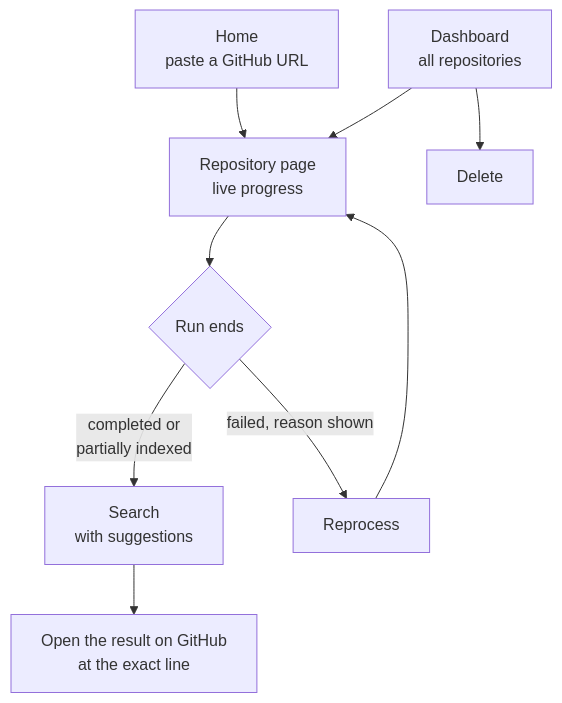
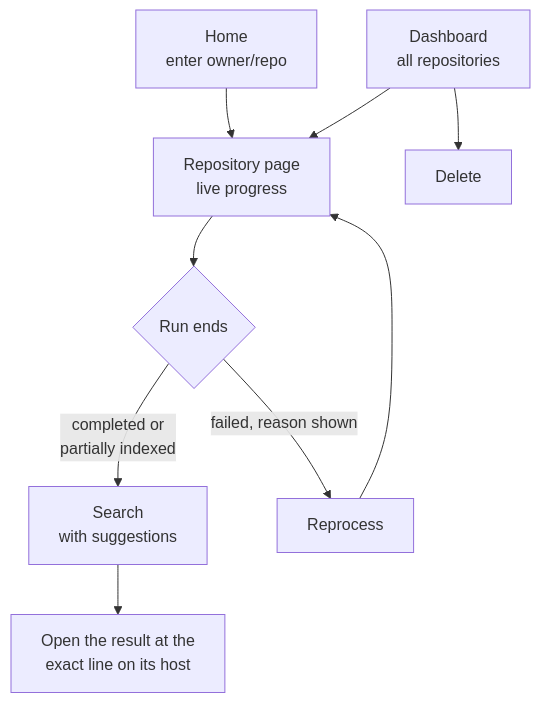
Before and after one commit to ntanwir10/codesage-algolia-challenge: the sixth of 8 diagrams in README.md, drawn with Mermaid. The commit also changed other lines of this file and 3 other files, not shown here.

Commit message:
Docs: owner/repo input, fast delete, other git hosts, Terraform and relaxed search

````diff
--- a/README.md
+++ b/README.md
@@ -148,11 +148,11 @@
 ```mermaid
 flowchart TB
-    home["Home<br/>paste a GitHub URL"] --> page["Repository page<br/>live progress"]
+    home["Home<br/>enter owner/repo"] --> page["Repository page<br/>live progress"]
     dashboard["Dashboard<br/>all repositories"] --> page
     dashboard --> delete["Delete"]
     page --> outcome{"Run ends"}
     outcome -- "completed or<br/>partially indexed" --> search["Search<br/>with suggestions"]
     outcome -- "failed, reason shown" --> reprocess["Reprocess"]
     reprocess --> page
-    search --> github["Open the result on GitHub<br/>at the exact line"]
+    search --> github["Open the result at the<br/>exact line on its host"]
 ```
````
